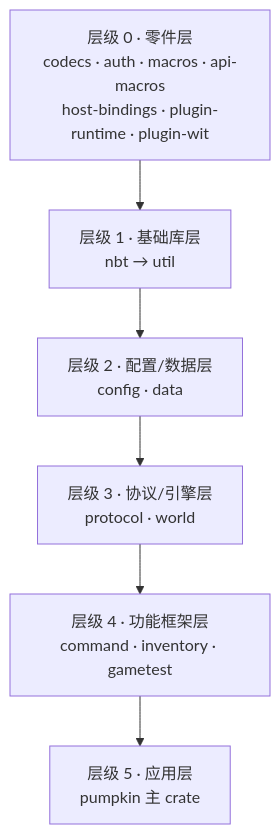
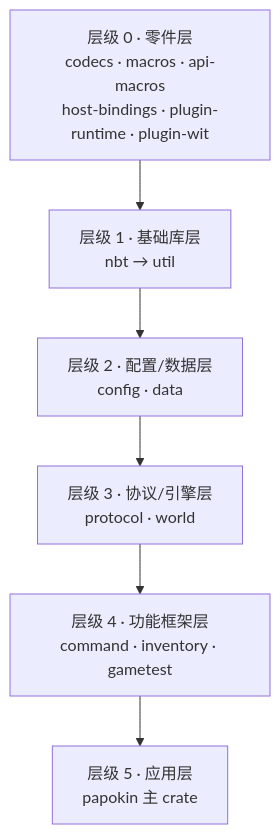
One commit to Quotidietium/Papokin changed the second of 3 diagrams in note/03-依赖关系.md. Above: the diagram before and after it, drawn with Mermaid. The commit also changed other lines of this file, not shown here.

Commit message:
docs(note): 依赖关系去除基岩定性与 auth 节点，id_remap 改存档重映射

````diff
--- a/note/03-依赖关系.md
+++ b/note/03-依赖关系.md
@@ -66,10 +65,10 @@
 ```mermaid
 graph TD
-    L0["层级 0 · 零件层<br/>codecs · auth · macros · api-macros<br/>host-bindings · plugin-runtime · plugin-wit"]
+    L0["层级 0 · 零件层<br/>codecs · macros · api-macros<br/>host-bindings · plugin-runtime · plugin-wit"]
     L1["层级 1 · 基础库层<br/>nbt → util"]
     L2["层级 2 · 配置/数据层<br/>config · data"]
     L3["层级 3 · 协议/引擎层<br/>protocol · world"]
     L4["层级 4 · 功能框架层<br/>command · inventory · gametest"]
-    L5["层级 5 · 应用层<br/>pumpkin 主 crate"]
+    L5["层级 5 · 应用层<br/>papokin 主 crate"]
     L0 --> L1 --> L2 --> L3 --> L4 --> L5
 ```
````
